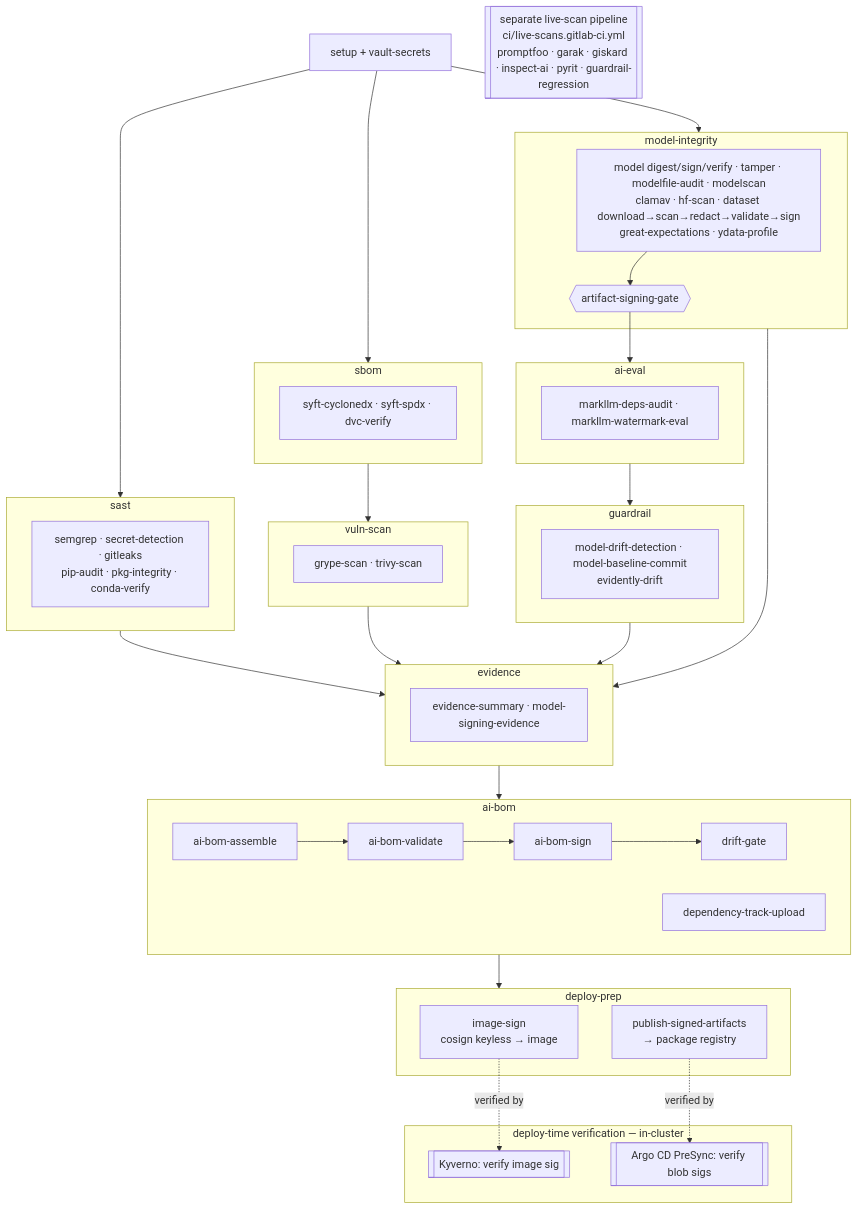
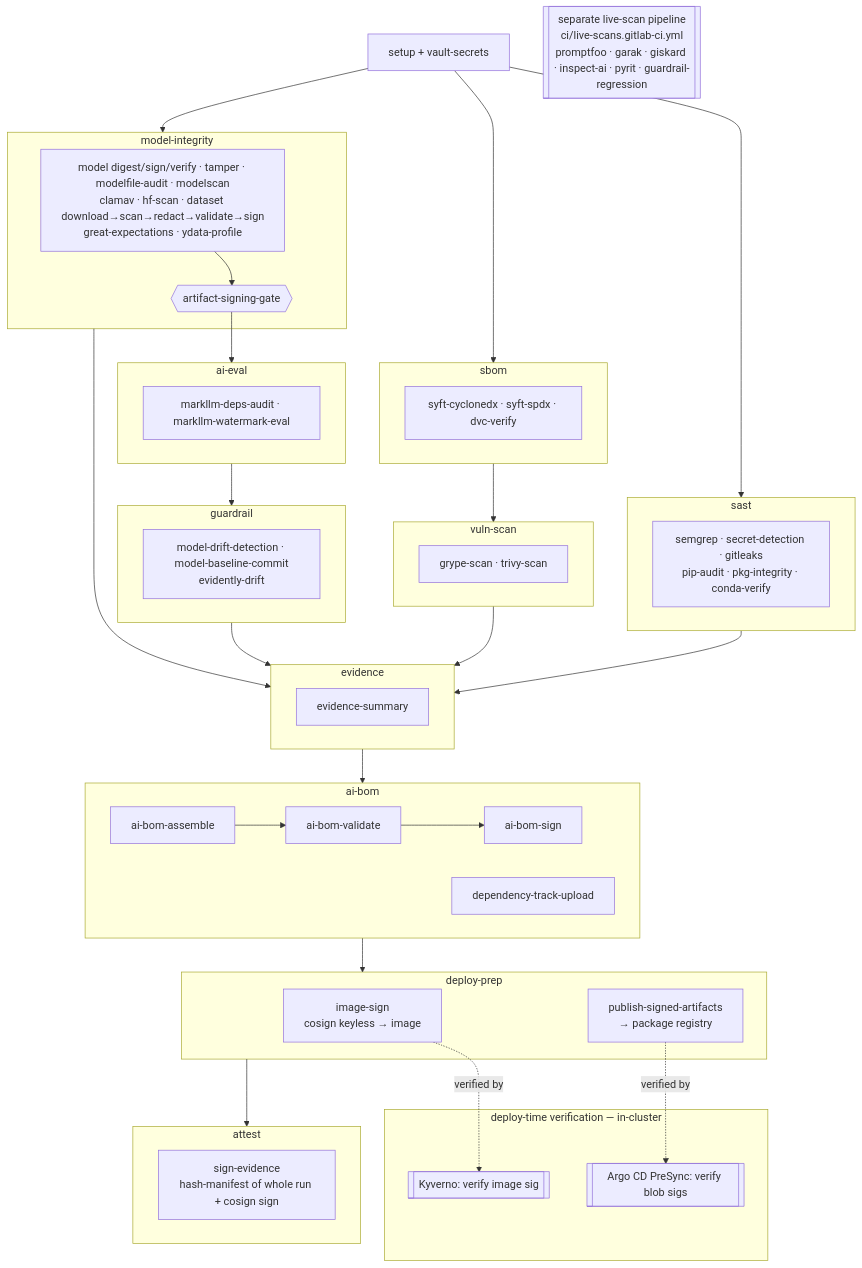
One commit to Nate-Carroll-Cyber/mlsecdevops-pipeline-example changed the diagram in docs/gaips-materials/ci/SBOM.md. Above: the diagram before and after it, drawn with Mermaid. The commit also changed other lines of this file and 7 other files, not shown here.

````diff
--- a/docs/gaips-materials/ci/SBOM.md
+++ b/docs/gaips-materials/ci/SBOM.md
@@ -18,48 +18,51 @@
 ```mermaid
 flowchart TD
     setup[setup + vault-secrets]
     subgraph SAST [sast]
       s1[semgrep · secret-detection · gitleaks<br/>pip-audit · pkg-integrity · conda-verify]
     end
     subgraph SBOM [sbom]
       s2[syft-cyclonedx · syft-spdx · dvc-verify]
     end
     subgraph VULN [vuln-scan]
       s3[grype-scan · trivy-scan]
     end
     subgraph MI [model-integrity]
       s4[model digest/sign/verify · tamper · modelfile-audit · modelscan<br/>clamav · hf-scan · dataset download→scan→redact→validate→sign<br/>great-expectations · ydata-profile]
       g{{artifact-signing-gate}}
       s4 --> g
     end
     subgraph EVAL [ai-eval]
       s5[markllm-deps-audit · markllm-watermark-eval]
     end
     subgraph GUARD [guardrail]
       s6[model-drift-detection · model-baseline-commit<br/>evidently-drift]
     end
     s_live[[separate live-scan pipeline<br/>ci/live-scans.gitlab-ci.yml<br/>promptfoo · garak · giskard · inspect-ai · pyrit · guardrail-regression]]
     subgraph EVID [evidence]
-      s7[evidence-summary · model-signing-evidence]
+      s7[evidence-summary]
     end
     subgraph AIBOM [ai-bom]
-      a1[ai-bom-assemble] --> a2[ai-bom-validate] --> a3[ai-bom-sign] --> a4[drift-gate]
+      a1[ai-bom-assemble] --> a2[ai-bom-validate] --> a3[ai-bom-sign]
       a5[dependency-track-upload]
     end
     subgraph DEPLOY [deploy-prep]
       d1[image-sign<br/>cosign keyless → image]
       d2[publish-signed-artifacts<br/>→ package registry]
+    end
+    subgraph ATTEST [attest]
+      at1[sign-evidence<br/>hash-manifest of whole run + cosign sign]
     end
     subgraph VERIFY [deploy-time verification — in-cluster]
       v1[[Kyverno: verify image sig]]
       v2[[Argo CD PreSync: verify blob sigs]]
     end
 
     setup --> SAST & SBOM & MI
     SBOM --> VULN
     g --> EVAL --> GUARD
     SAST & VULN & GUARD & MI --> EVID
-    EVID --> AIBOM --> DEPLOY
+    EVID --> AIBOM --> DEPLOY --> ATTEST
     d1 -. "verified by" .-> v1
     d2 -. "verified by" .-> v2
 ```
````
